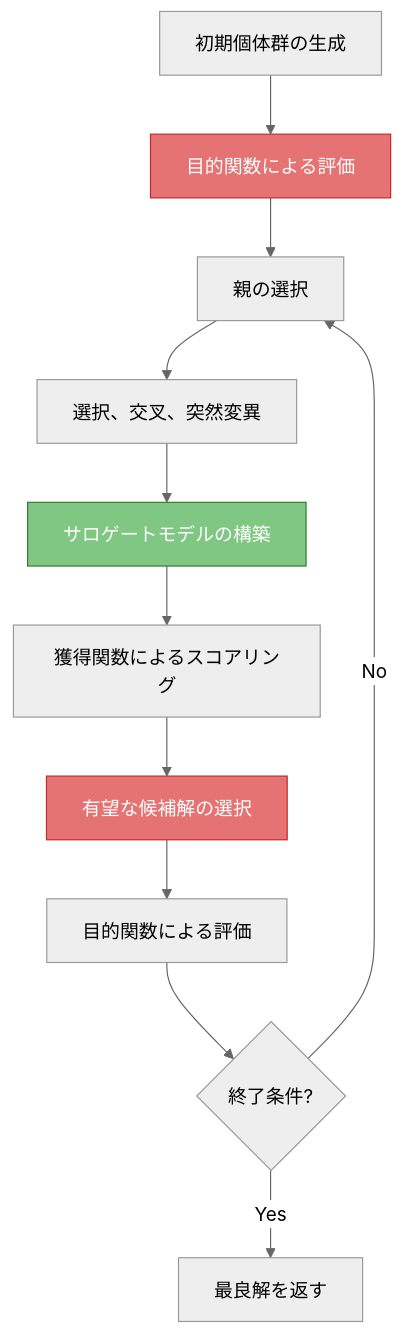
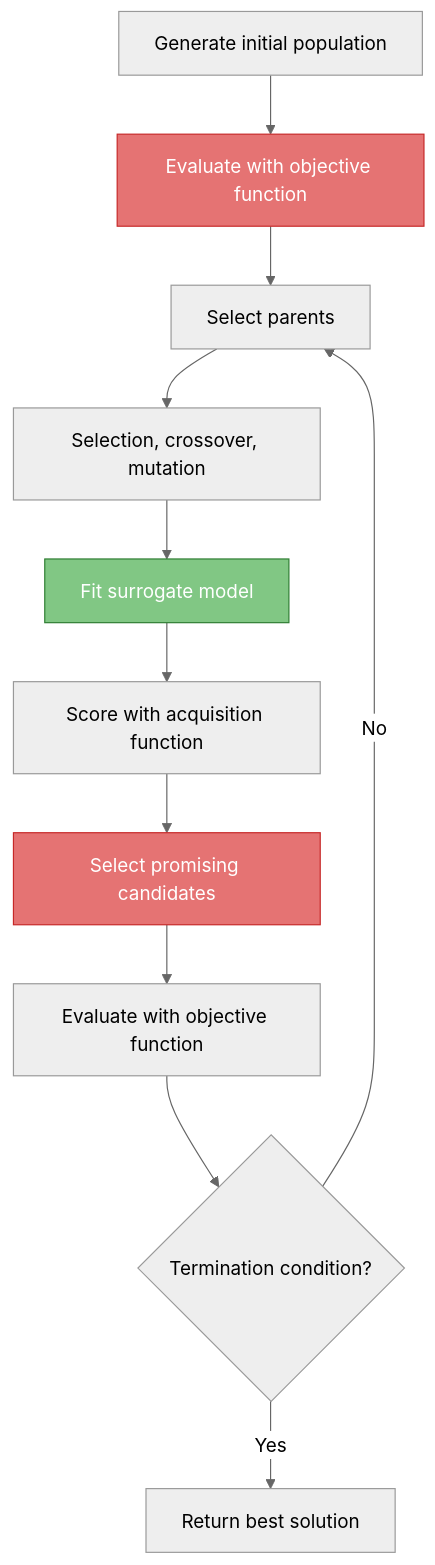
One commit to shlka/saealib changed the second of 2 diagrams in docs/getting_started/what_is_saealib.md. Above: the diagram before and after it, drawn with Mermaid (neutral theme). The commit also changed other lines of this file and 50 other files, not shown here.

````diff
--- a/docs/getting_started/what_is_saealib.md
+++ b/docs/getting_started/what_is_saealib.md
@@ -42,17 +42,17 @@
 ```{mermaid}
 flowchart TD
-    A[初期個体群の生成] --> B["目的関数による評価"]
-    B --> D[親の選択]
-    D --> E[選択、交叉、突然変異]
-    E --> F[サロゲートモデルの構築]
-    F --> G["獲得関数によるスコアリング"]
-    G --> H[有望な候補解の選択]
-    H --> I["目的関数による評価"]
-    I --> J{終了条件?}
+    A[Generate initial population] --> B["Evaluate with objective function"]
+    B --> D[Select parents]
+    D --> E[Selection, crossover, mutation]
+    E --> F[Fit surrogate model]
+    F --> G["Score with acquisition function"]
+    G --> H[Select promising candidates]
+    H --> I["Evaluate with objective function"]
+    I --> J{Termination condition?}
     J -- No --> D
-    J -- Yes --> K[最良解を返す]
+    J -- Yes --> K[Return best solution]
 
     style B fill:#e57373,color:#fff,stroke:#c62828
     style H fill:#e57373,color:#fff,stroke:#c62828
     style F fill:#81c784,color:#fff,stroke:#2e7d32
 ```
````
